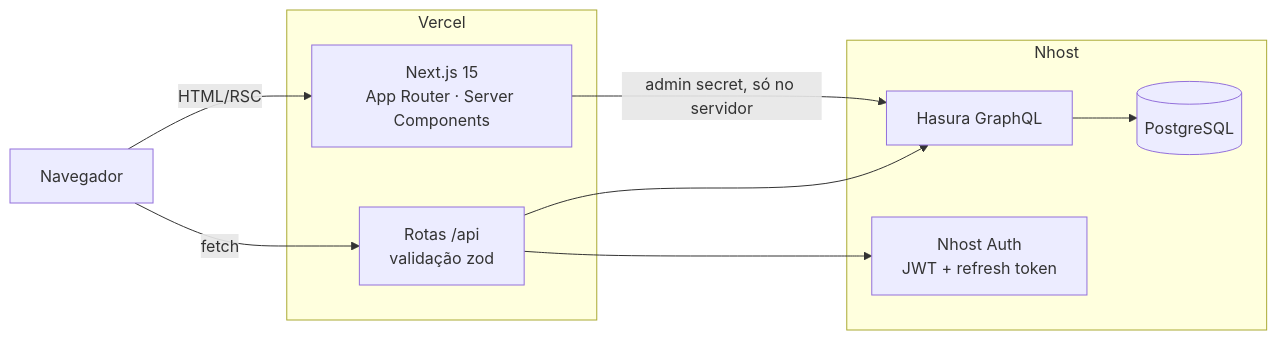
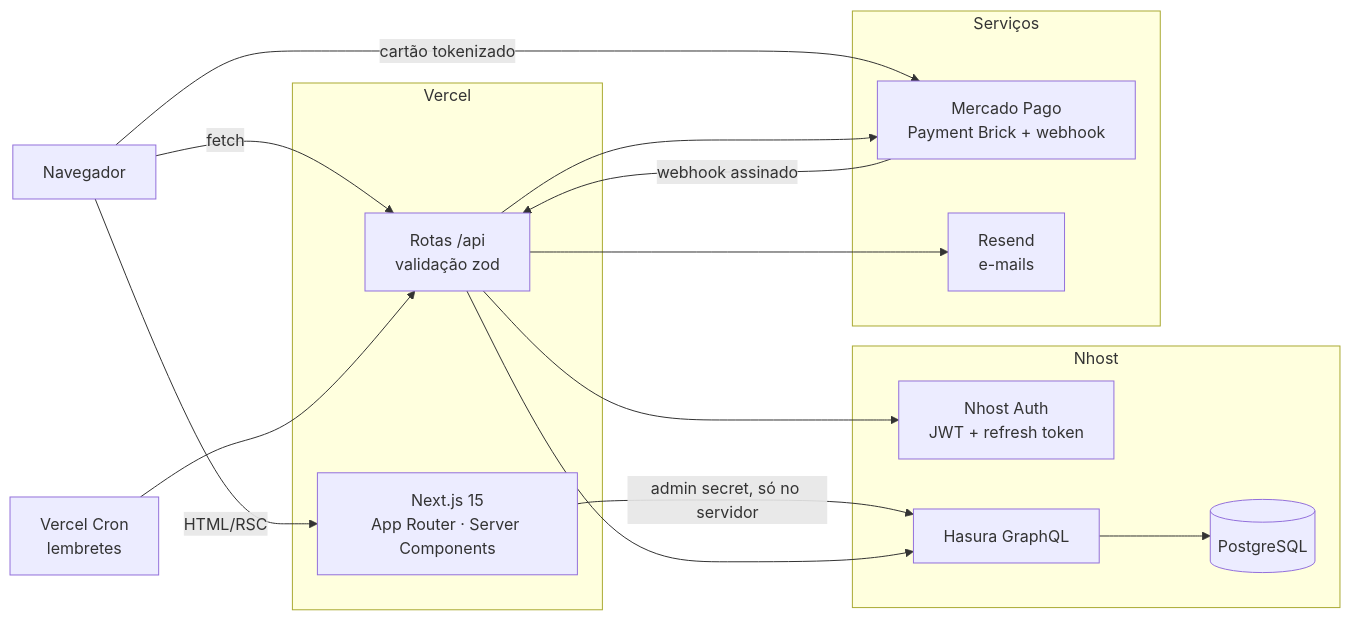
One commit to devraphaeldiniz/rentalcar changed the fifth of 6 diagrams in README.md. Above: the diagram before and after it, drawn with Mermaid. The commit also changed other lines of this file and 3 other files, not shown here.

````diff
--- a/README.md
+++ b/README.md
@@ -164,18 +227,27 @@
 ```mermaid
 flowchart LR
     subgraph Vercel
       N[Next.js 15<br/>App Router · Server Components]
       API[Rotas /api<br/>validação zod]
     end
     subgraph Nhost
       AUTH[Nhost Auth<br/>JWT + refresh token]
       HAS[Hasura GraphQL]
       PG[(PostgreSQL)]
     end
+    subgraph Serviços
+      MP[Mercado Pago<br/>Payment Brick + webhook]
+      RS[Resend<br/>e-mails]
+    end
     B[Navegador] -->|HTML/RSC| N
     B -->|fetch| API
+    B -->|cartão tokenizado| MP
     N -->|admin secret, só no servidor| HAS
     API --> HAS
     API --> AUTH
+    API --> MP
+    MP -->|webhook assinado| API
+    API --> RS
+    CRON[Vercel Cron<br/>lembretes] --> API
     HAS --> PG
 ```
````
